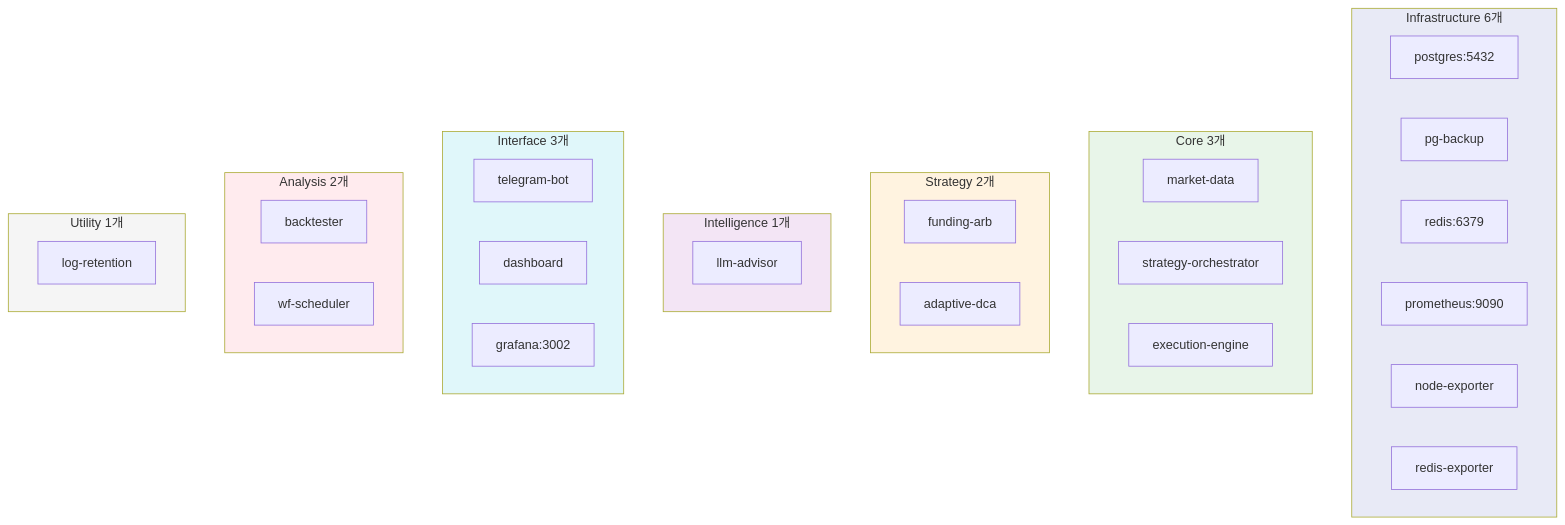
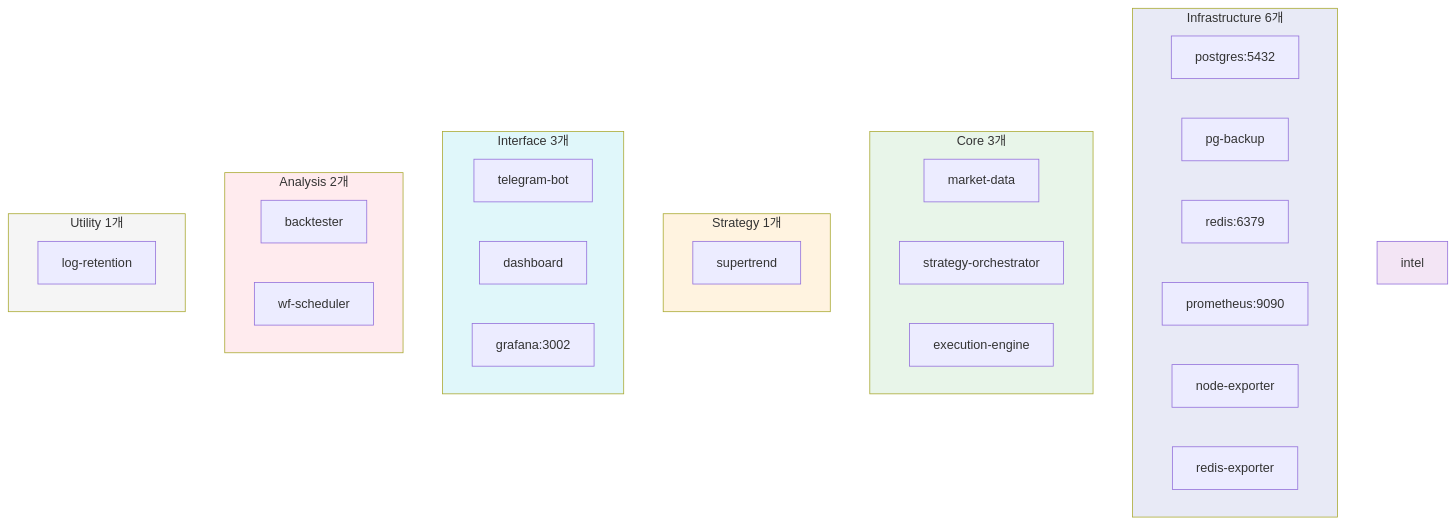
One commit to Justant-source/Bit-Mania changed the first of 4 diagrams in docs/architecture/deployment.md. Above: the diagram before and after it, drawn with Mermaid. The commit also changed other lines of this file and 8 other files, not shown here.

````diff
--- a/docs/architecture/deployment.md
+++ b/docs/architecture/deployment.md
@@ -28,49 +28,44 @@
 ```mermaid
 graph TB
     subgraph infra["Infrastructure 6개"]
         postgres["postgres:5432"]
         pgbak["pg-backup"]
         redis["redis:6379"]
         prom["prometheus:9090"]
         nexp["node-exporter"]
         rexp["redis-exporter"]
     end
     
     subgraph core["Core 3개"]
         md["market-data"]
         orch["strategy-orchestrator"]
         exec["execution-engine"]
     end
     
-    subgraph strat["Strategy 2개"]
-        fa["funding-arb"]
-        dca["adaptive-dca"]
-    end
-    
-    subgraph intel["Intelligence 1개"]
-        llm["llm-advisor"]
+    subgraph strat["Strategy 1개"]
+        st["supertrend"]
     end
     
     subgraph iface["Interface 3개"]
         tg["telegram-bot"]
         dash["dashboard"]
         graf["grafana:3002"]
     end
     
     subgraph analysis["Analysis 2개"]
         bt["backtester"]
         wf["wf-scheduler"]
     end
     
     subgraph util["Utility 1개"]
         logret["log-retention"]
     end
     
     style infra fill:#E8EAF6
     style core fill:#E8F5E9
     style strat fill:#FFF3E0
     style intel fill:#F3E5F5
     style iface fill:#E0F7FA
     style analysis fill:#FFEBEE
     style util fill:#F5F5F5
 ```
````
